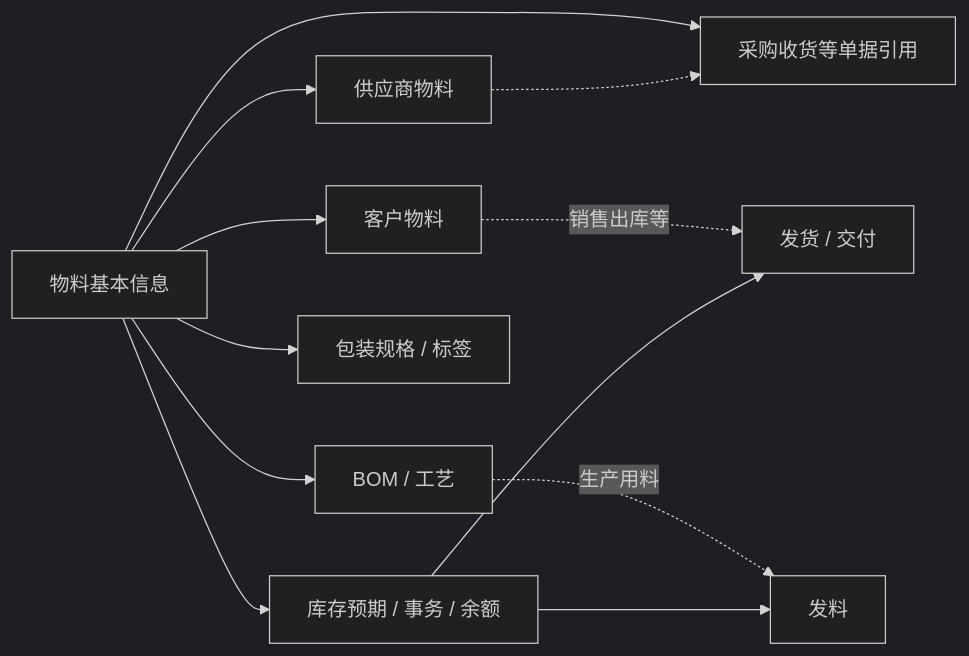
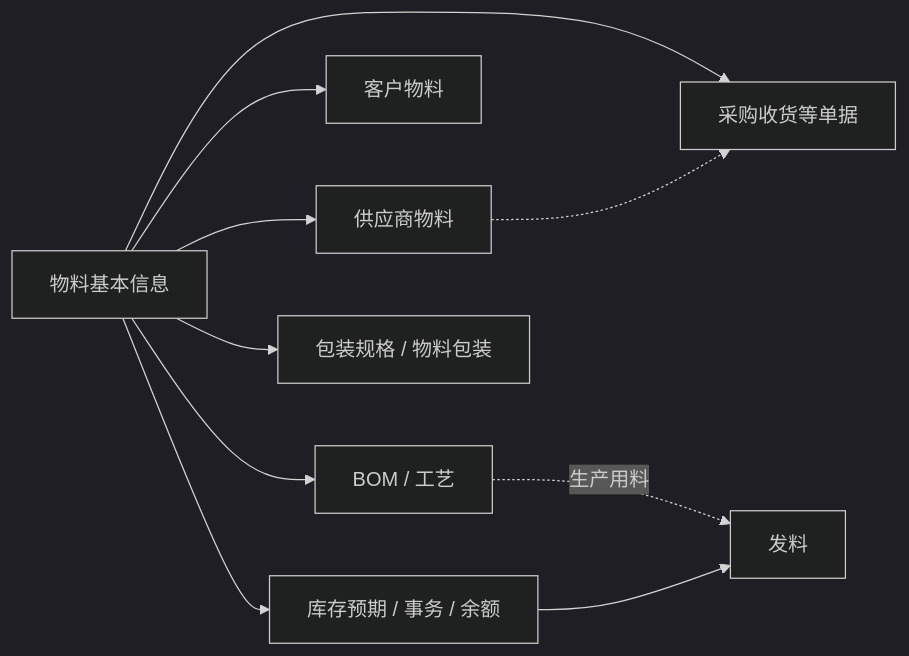
Before and after one commit to jiargcn/MomProductDocument: the second of 2 diagrams in docs/04-DBC-主数据管理/01-物料管理/01-物料基本信息.md, drawn with Mermaid (dark theme). The commit also changed other lines of this file and 9 other files, not shown here.

````diff
--- a/docs/04-DBC-主数据管理/01-物料管理/01-物料基本信息.md
+++ b/docs/04-DBC-主数据管理/01-物料管理/01-物料基本信息.md
@@ -46,14 +44,12 @@
 ```mermaid
 flowchart LR
     M["物料基本信息"] --> SM["供应商物料"]
     M --> CM["客户物料"]
     M --> BOM["BOM / 工艺"]
-    M --> PKG["包装规格 / 标签"]
-    M --> PO["采购收货等单据引用"]
+    M --> PKG["包装规格 / 物料包装"]
+    M --> PO["采购收货等单据"]
     M --> INV["库存预期 / 事务 / 余额"]
     SM -.-> PO
-    CM -.->|"销售出库等"| DEL["发货 / 交付"]
     BOM -.->|"生产用料"| ISS["发料"]
     INV --> ISS
-    INV --> DEL
 ```
````
